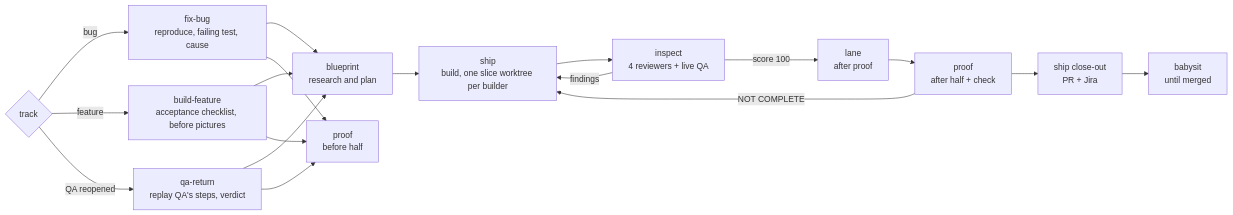
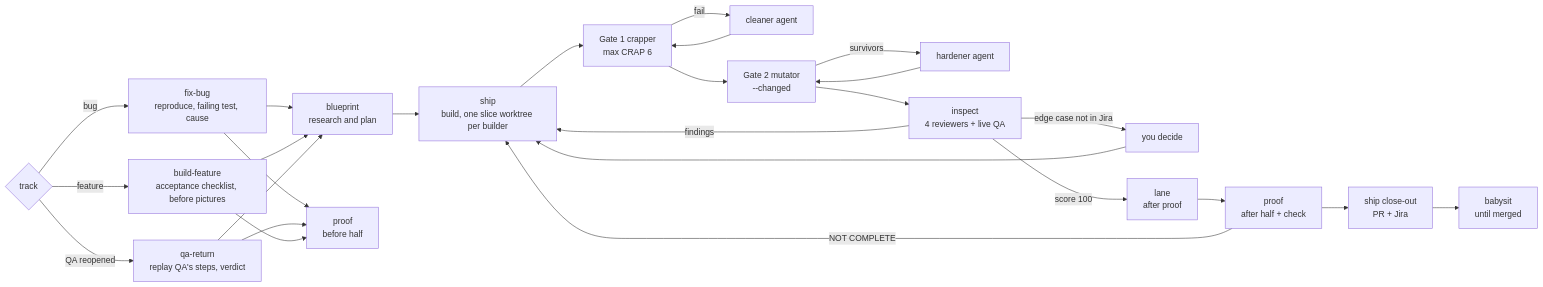
Before and after one commit to talibilat/tfactory: the second of 3 diagrams in README.md, drawn with Mermaid. The commit also changed other lines of this file, not shown here.

Commit message:
Document the whole flow, quality gates, edge cases and examples in the README

````diff
--- a/README.md
+++ b/README.md
@@ -49,20 +168,28 @@
 ```mermaid
 flowchart LR
   T{track} -- bug --> FB[fix-bug<br>reproduce, failing test, cause]
   T -- feature --> BF[build-feature<br>acceptance checklist, before pictures]
   T -- QA reopened --> QR[qa-return<br>replay QA's steps, verdict]
   FB --> P[blueprint<br>research and plan]
   BF --> P
   QR --> P
   FB --> F1[proof<br>before half]
   QR --> F1
   BF --> F1
   P --> S[ship<br>build, one slice worktree per builder]
-  S --> Q[inspect<br>4 reviewers + live QA]
+  S --> G1[Gate 1 crapper<br>max CRAP 6]
+  G1 -- fail --> CL[cleaner agent]
+  CL --> G1
+  G1 --> G2[Gate 2 mutator<br>--changed]
+  G2 -- survivors --> HD[hardener agent]
+  HD --> G2
+  G2 --> Q[inspect<br>4 reviewers + live QA]
   Q -- findings --> S
+  Q -- edge case not in Jira --> U[you decide]
+  U --> S
   Q -- score 100 --> L[lane<br>after proof]
   L --> F2[proof<br>after half + check]
   F2 -- NOT COMPLETE --> S
   F2 --> C[ship close-out<br>PR + Jira]
   C --> B[babysit<br>until merged]
 ```
````
